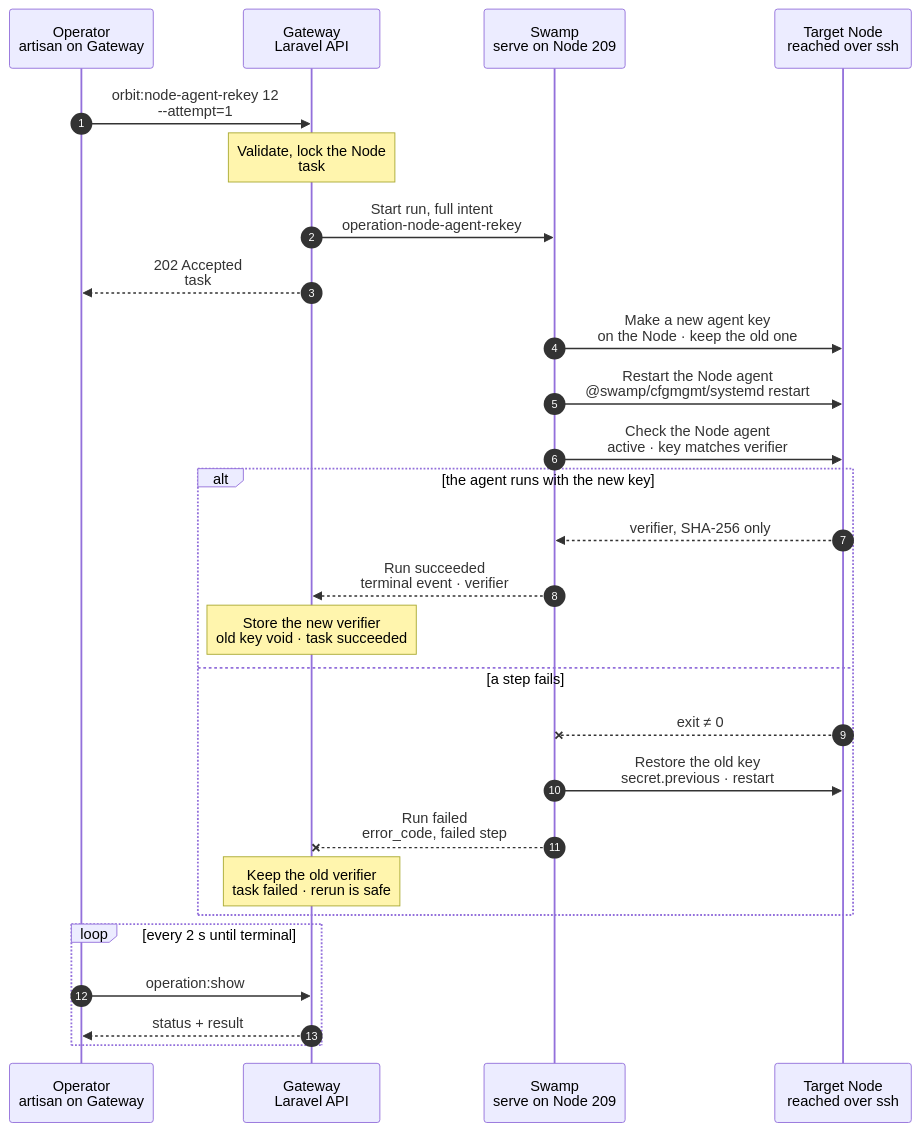
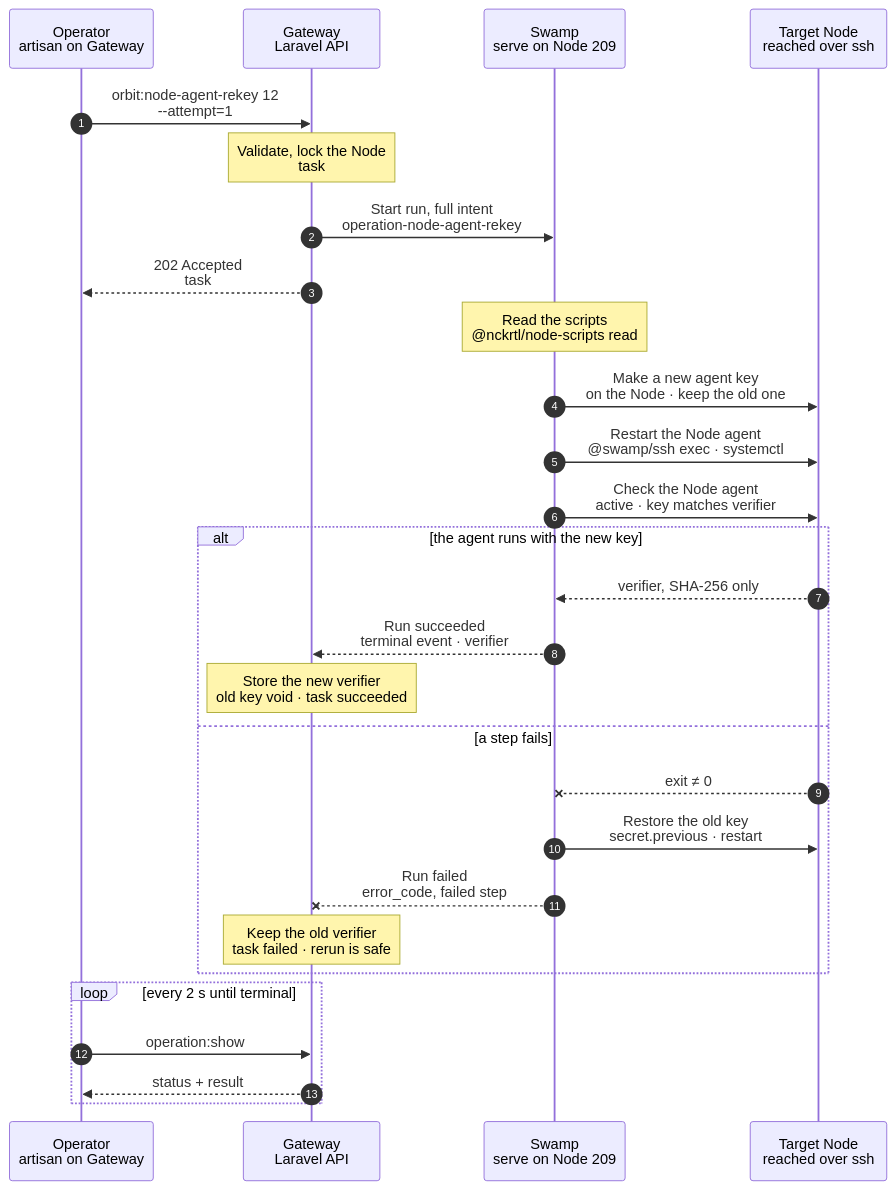
One commit to hardimpactdev/orbit changed the diagram in docs/flows/node.agent_rekey.mmd. Above: the diagram before and after it, drawn with Mermaid. The commit also changed 25 other files, not shown here.

First line of the commit message:
feat(nodes): orbit:node-agent-rekey makes a new agent key on the Node from 209 without agent commands

```diff
--- a/docs/flows/node.agent_rekey.mmd
+++ b/docs/flows/node.agent_rekey.mmd
@@ -1,104 +1,107 @@
 sequenceDiagram
   %% Target design: ADR 0244 task, DECISIONS R2-R4, agent-observer-swamp-acts; the new key is made on the Node and never leaves it. docs/reference/node-agent.md#agent-secret.
   %% status: draft
   %% command: orbit:node-agent-rekey
   autonumber
   %% lane OP icon=terminal pill=caller tone=gray
   %% lane GW icon=gateway pill=intent tone=blue
   %% lane SW icon=workflow pill=executes tone=green
   %% lane N icon=server pill=target tone=amber
   participant OP as Operator<br/>artisan on Gateway
   participant GW as Gateway<br/>Laravel API
   participant SW as Swamp<br/>serve on Node 209
   participant N as Target Node<br/>reached over ssh
   OP->>GW: orbit:node-agent-rekey 12<br/>--attempt=1
   %%> Command:
   %%> - `php artisan orbit:node-agent-rekey 12 --attempt=1`
   %%> - syntax: `<node> [--attempt=N]`
   %%> Input:
   %%> - the Node id
   %%> - `--attempt` numbers the request; the same number returns the same task, a higher number asks for a new key again
   %%> When:
   %%> - the Gateway refuses the Node agent's reports because its key is missing or doesn't match the recorded verifier
   %%> - `node:converge` failed because the Node agent's key doesn't match
   %%> - a planned key rotation
   %%> Who can call it:
   %%> - an operator on the Gateway host; there is no `orbit` CLI or MCP command
   Note over GW: Validate, lock the Node<br/>task #5134 · Node 12
   %%> Requirements:
   %%> - Node 12 is an active, managed Linux Node with stored SSH host keys
   %%> - no converge or rekey runs for Node 12; both use the same lock per Node
   %%> Result:
   %%> - task #5134 recorded with the full intent; no key or verifier in it
   %%> - the old verifier stays valid; nothing has happened on the Node yet
   GW->>SW: Start run, full intent<br/>operation-node-agent-rekey
   %%> What it does:
   %%> - starts one Swamp run on serve (Node 209)
   %%> Inputs:
   %%> - Node 12's address and SSH host keys; the SSH identity comes from the `swamp` role
   %%> - the key path `/etc/orbit/agent/secret`
   GW-->>OP: 202 Accepted<br/>task #5134
   %%> What you get:
   %%> - the task number, at once
   %%> Next:
   %%> - follow the task with `orbit operation:show`
+  Note over SW: Read the scripts<br/>@nckrtl/node-scripts read
+  %%> What it does:
+  %%> - reads the shipped `agent_key.py` script on 209
   SW->>N: Make a new agent key<br/>on the Node · keep the old one
   %%> What it does:
   %%> - creates 32 random bytes on Node 12 and writes them as 64 hex characters to `/etc/orbit/agent/secret`, `root:root`, mode `0600`
   %%> - keeps the old key as `secret.previous`, for a restore if a later step fails
   %%> - prints only the SHA-256 verifier of the new key
   %%> Never:
   %%> - the key leaves Node 12, enters the task, a log or the vault
   %%> How:
-  %%> - a tracked script through `@swamp/ssh` from 209, with sudo
-  SW->>N: Restart the Node agent<br/>@swamp/cfgmgmt/systemd restart
+  %%> - the shipped script through `@swamp/ssh` from 209, with sudo
+  SW->>N: Restart the Node agent<br/>@swamp/ssh exec · systemctl
   %%> What it does:
   %%> - restarts `orbit-agent.service`
   %%> Why a restart:
   %%> - the agent reads its key only when it starts; a reload can't change it
   %%> Until the Gateway records the verifier:
   %%> - the Gateway refuses reports signed with the new key; the agent retries every few seconds
   SW->>N: Check the Node agent<br/>active · key matches verifier
   %%> What it does:
   %%> - checks that `orbit-agent` is active again
   %%> - checks that the key file's SHA-256 equals the returned verifier
   %%> - when both pass, removes `secret.previous`; if that removal fails, the file is harmless (`root:root`, mode `0600`) and the next rekey replaces it
   alt the agent runs with the new key
     N-->>SW: verifier, SHA-256 only
     %%> Returns:
     %%> - the new key's verifier
     SW-->>GW: Run succeeded<br/>terminal event · verifier
     %%> How the Gateway learns it:
     %%> - its shared run reader sees the terminal event; Swamp never calls the Gateway
     Note over GW: Store the new verifier<br/>old key void · task succeeded
     %%> Result:
     %%> - Node 12's recorded verifier is the new one; the old key no longer works
     %%> - the Node agent's next report is accepted again
     %%> - task #5134 succeeds
   else a step fails
     N--xSW: exit ≠ 0
     %%> When:
     %%> - the key can't be written, or the agent doesn't come back up
     SW->>N: Restore the old key<br/>secret.previous · restart
     %%> What it does:
     %%> - puts the old key back and restarts the agent, so it matches the verifier the Gateway still has
     %%> Why a rollback here:
     %%> - otherwise the Node agent stays locked out until a rerun
     SW--xGW: Run failed<br/>error_code, failed step
     %%> The Gateway reads:
     %%> - which step failed and its error code
     Note over GW: Keep the old verifier<br/>task failed · rerun is safe
     %%> Result:
     %%> - Node 12's verifier stays unchanged
     %%> - task #5134 fails
     %%> Retry:
     %%> - run the command again with `--attempt=2` after fixing the cause; it makes a fresh key
   end
   loop every 2 s until terminal
     OP->>GW: operation:show #5134
     %%> What it does:
     %%> - asks for the task's status every 2 seconds until it has ended
     GW-->>OP: status + result
     %%> Returns:
     %%> - the current status, and the result once the task has ended
   end
```
